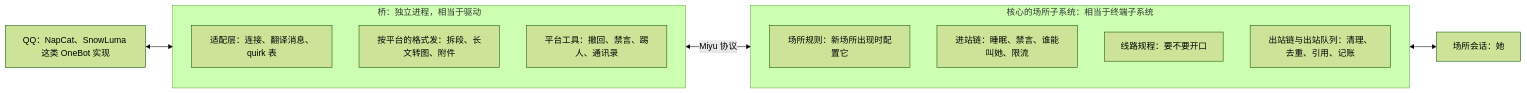
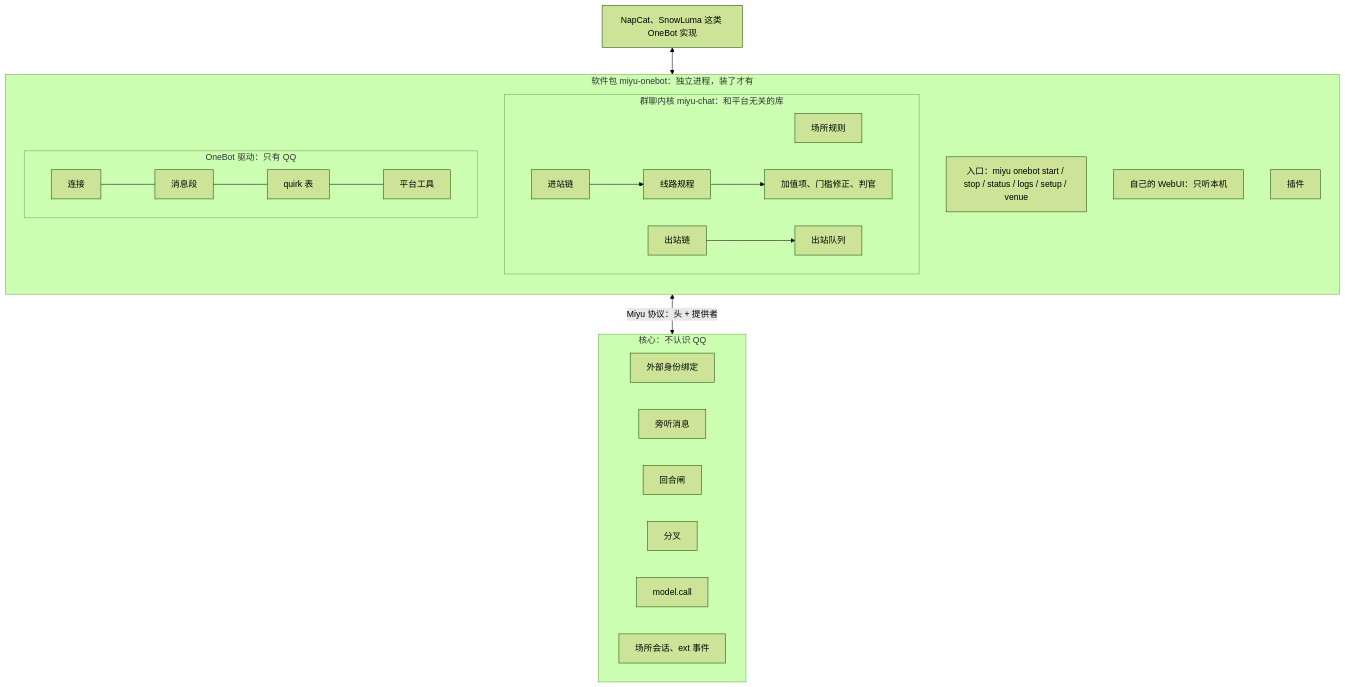
One commit to SHORiN-KiWATA/miyu-agent-remake changed the first of 6 diagrams in docs/designs/18-通讯平台.md. Above: the diagram before and after it, drawn with Mermaid (forest theme). The commit also changed other lines of this file and 25 other files, not shown here.

First line of the commit message:
docs: 通讯平台重开 Q1，群聊内核挪进软件包 miyu-onebot；定下入口、自己的 WebUI、系统账号、主人对应表、限流、主动回复判断、并行支线、上下文组装、插件（18 Q17–Q27）

````diff
--- a/docs/designs/18-通讯平台.md
+++ b/docs/designs/18-通讯平台.md
@@ -9,19 +11,30 @@
 ```mermaid
-flowchart LR
-    qq["QQ：NapCat、SnowLuma 这类 OneBot 实现"] <--> drv
-    subgraph bridge["桥：独立进程，相当于驱动"]
+flowchart TB
+    qq["NapCat、SnowLuma 这类 OneBot 实现"] <--> drv
+    subgraph pkg["软件包 miyu-onebot：独立进程，装了才有"]
         direction TB
-        drv["适配层：连接、翻译消息、quirk 表"]
-        fmt["按平台的格式发：拆段、长文转图、附件"]
-        ioctl["平台工具：撤回、禁言、踢人、通讯录"]
+        entry["入口：miyu onebot start / stop / status / logs / setup / venue"]
+        web["自己的 WebUI：只听本机"]
+        subgraph chat["群聊内核 miyu-chat：和平台无关的库"]
+            direction LR
+            rules["场所规则"]
+            inq["进站链"] --> ld["线路规程"] --> sc["加值项、门槛修正、判官"]
+            oq["出站链"] --> spool["出站队列"]
+        end
+        subgraph drv["OneBot 驱动：只有 QQ"]
+            direction LR
+            tr["连接"] --- codec["消息段"] --- qk["quirk 表"] --- io["平台工具"]
+        end
+        plug["插件"]
     end
-    bridge <-- "Miyu 协议" --> core
-    subgraph core["核心的场所子系统：相当于终端子系统"]
-        direction TB
-        rules["场所规则：新场所出现时配置它"]
-        input["进站链：睡眠、禁言、谁能叫她、限流"]
-        ld["线路规程：要不要开口"]
-        output["出站链与出站队列：清理、去重、引用、记账"]
+    pkg <-- "Miyu 协议：头 + 提供者" --> core
+    subgraph core["核心：不认识 QQ"]
+        direction LR
+        p1["外部身份绑定"]
+        p2["旁听消息"]
+        p3["回合闸"]
+        p4["分叉"]
+        p5["model.call"]
+        p6["场所会话、ext 事件"]
     end
-    core <--> sess["场所会话：她"]
 ```
````
